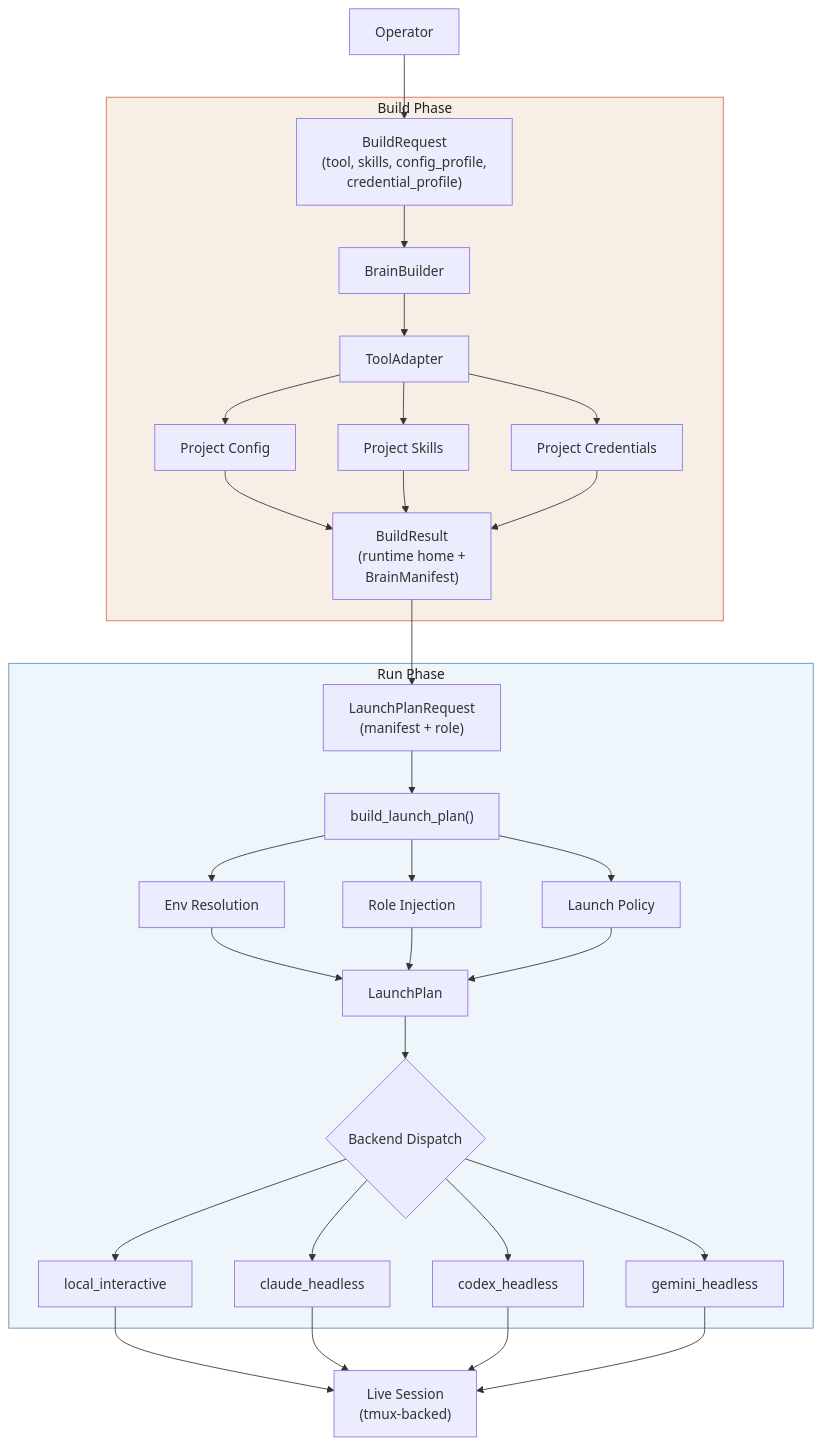
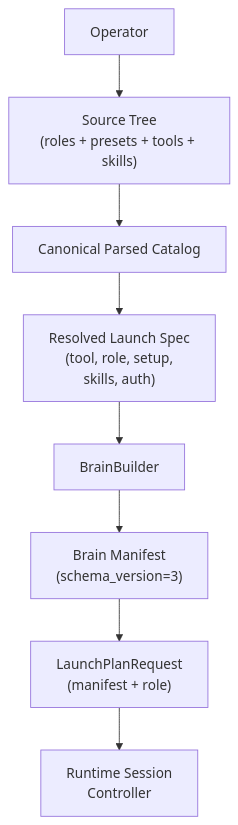
One commit to igamenovoer/houmao changed the diagram in docs/getting-started/overview.md. Above: the diagram before and after it, drawn with Mermaid. The commit also changed other lines of this file and 158 other files, not shown here.

Commit message:
feat: simplify agent definitions and demo launch flows

````diff
--- a/docs/getting-started/overview.md
+++ b/docs/getting-started/overview.md
@@ -9,40 +7,10 @@
 ```mermaid
 flowchart TD
-    Op["Operator"] --> BR["BuildRequest<br/>(tool, skills, config_profile,<br/>credential_profile)"]
-
-    subgraph Build["Build Phase"]
-        BR --> BB["BrainBuilder"]
-        BB --> TA["ToolAdapter"]
-        TA --> PC["Project Config"]
-        TA --> PS["Project Skills"]
-        TA --> CRED["Project Credentials"]
-        PC --> BRES["BuildResult<br/>(runtime home +<br/>BrainManifest)"]
-        PS --> BRES
-        CRED --> BRES
-    end
-
-    BRES --> LPR["LaunchPlanRequest<br/>(manifest + role)"]
-
-    subgraph Run["Run Phase"]
-        LPR --> BLP["build_launch_plan()"]
-        BLP --> ENV["Env Resolution"]
-        BLP --> RI["Role Injection"]
-        BLP --> POL["Launch Policy"]
-        ENV --> LP["LaunchPlan"]
-        RI --> LP
-        POL --> LP
-        LP --> BD{"Backend Dispatch"}
-        BD --> LI["local_interactive"]
-        BD --> CH["claude_headless"]
-        BD --> CXH["codex_headless"]
-        BD --> GH["gemini_headless"]
-    end
-
-    LI --> LS["Live Session<br/>(tmux-backed)"]
-    CH --> LS
-    CXH --> LS
-    GH --> LS
-
-    style Build fill:#f7efe6,stroke:#d66a4f,color:#222
-    style Run fill:#eef5fb,stroke:#5b8db8,color:#222
+    Op["Operator"] --> SRC["Source Tree<br/>(roles + presets + tools + skills)"]
+    SRC --> CAT["Canonical Parsed Catalog"]
+    CAT --> RLS["Resolved Launch Spec<br/>(tool, role, setup,<br/>skills, auth)"]
+    RLS --> BB["BrainBuilder"]
+    BB --> BM["Brain Manifest<br/>(schema_version=3)"]
+    BM --> LP["LaunchPlanRequest<br/>(manifest + role)"]
+    LP --> RT["Runtime Session<br/>Controller"]
 ```
````
